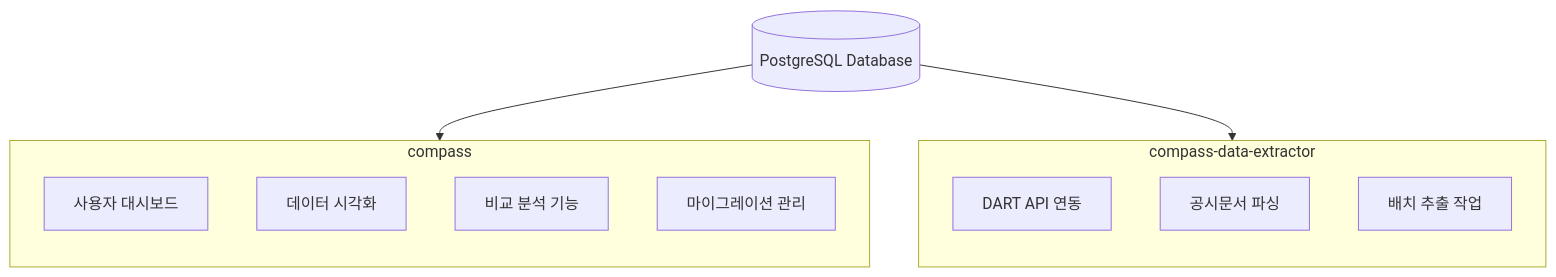
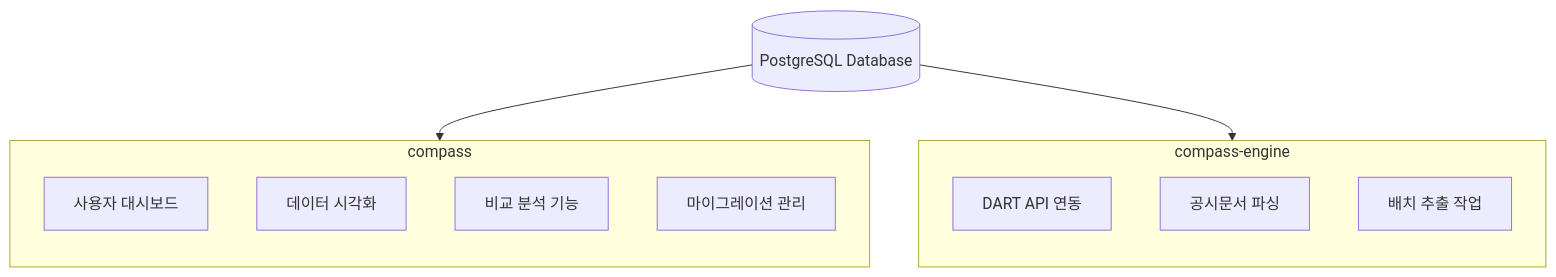
The first of 5 diagrams in compass/database-schema.md (fntimes/docs), drawn with Mermaid before and after one commit. The commit also changed other lines of this file, not shown here.

Commit message:
프로젝트명 참조 변경: compass-data-extractor → compass-engine
- database-schema.md 내 프로젝트명 참조 업데이트

🤖 Generated with [Claude Code](https://claude.com/claude-code)

````diff
--- a/compass/database-schema.md
+++ b/compass/database-schema.md
@@ -35,19 +35,19 @@
 ```mermaid
 flowchart TB
     DB[(PostgreSQL Database)]
     subgraph compass[compass]
         direction TB
         c1[사용자 대시보드]
         c2[데이터 시각화]
         c3[비교 분석 기능]
         c4[마이그레이션 관리]
     end
-    subgraph extractor[compass-data-extractor]
+    subgraph extractor[compass-engine]
         direction TB
         e1[DART API 연동]
         e2[공시문서 파싱]
         e3[배치 추출 작업]
     end
     DB --> compass
     DB --> extractor
 ```
````
